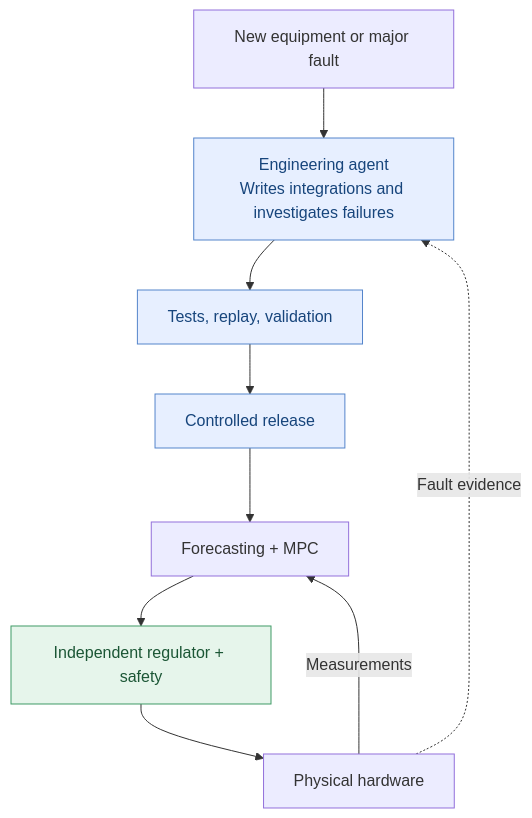
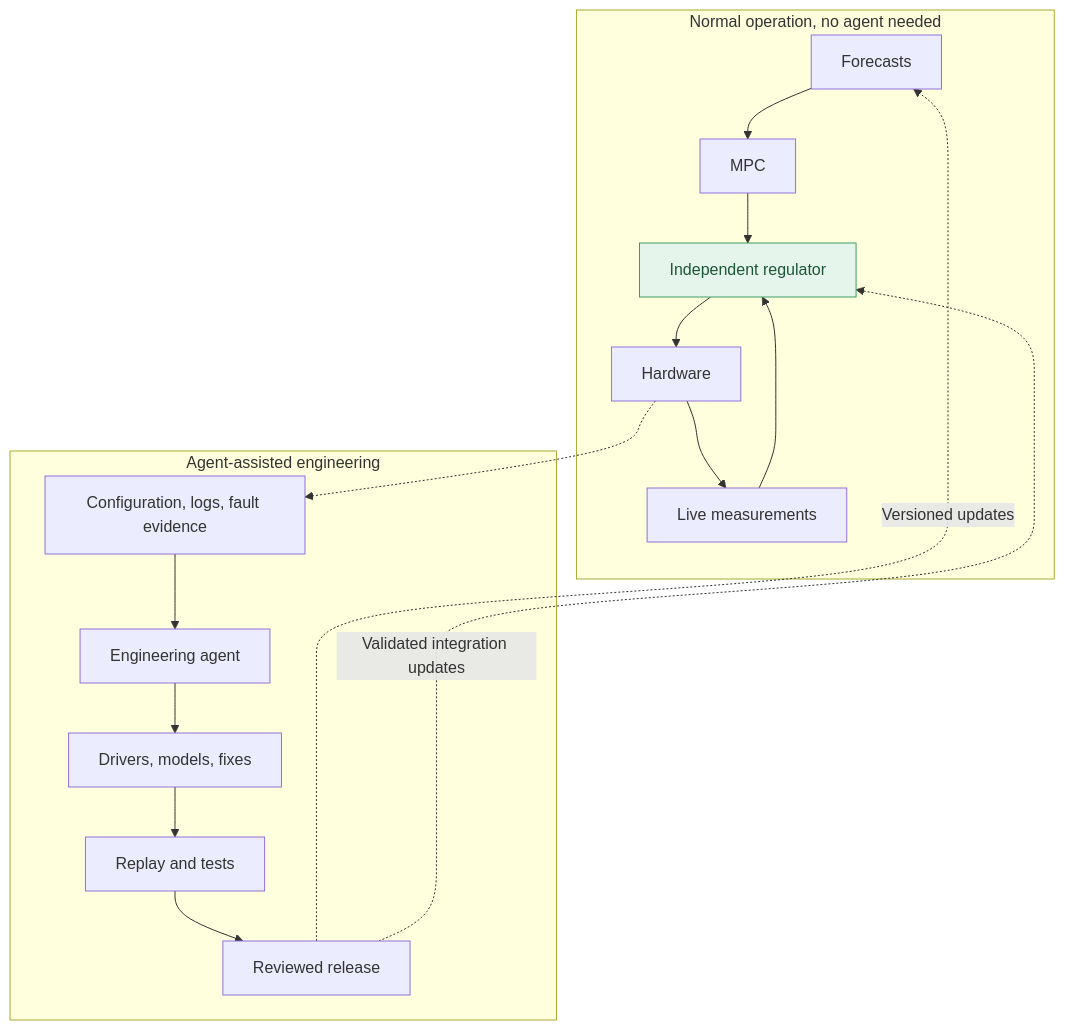
Before and after one commit to hugoenglund-wq/BEMS-public-preview: the fourth of 4 diagrams in docs/architecture.md, drawn with Mermaid. The commit also changed other lines of this file, not shown here.

Commit message:
Rewrite architecture in direct, personal engineering voice

````diff
--- a/docs/architecture.md
+++ b/docs/architecture.md
@@ -134,15 +148,21 @@
 ```mermaid
 flowchart TB
-    Setup["New equipment or major fault"] --> Agent["Engineering agent<br/>Writes integrations and investigates failures"]
-    Agent --> Checks["Tests, replay, validation"]
-    Checks --> Release["Controlled release"]
-    Release --> Control["Forecasting + MPC"]
-    Control --> Safety["Independent regulator + safety"]
-    Safety --> Hardware["Physical hardware"]
-    Hardware -->|"Measurements"| Control
-    Hardware -.->|"Fault evidence"| Agent
-    classDef software fill:#e7efff,stroke:#5485cb,color:#17457c
+    subgraph Runtime["Normal operation, no agent needed"]
+      Forecast["Forecasts"] --> MPC["MPC"]
+      MPC --> Reg["Independent regulator"]
+      Live["Live measurements"] --> Reg
+      Reg --> Hardware["Hardware"]
+      Hardware --> Live
+    end
+    subgraph Engineering["Agent-assisted engineering"]
+      Evidence["Configuration, logs, fault evidence"] --> Agent["Engineering agent"]
+      Agent --> Changes["Drivers, models, fixes"]
+      Changes --> Tests["Replay and tests"]
+      Tests --> Release["Reviewed release"]
+    end
+    Hardware -.-> Evidence
+    Release -.->|"Versioned updates"| Forecast
+    Release -.->|"Validated integration updates"| Reg
     classDef safety fill:#e6f5eb,stroke:#3f9b66,color:#1b5635
-    class Agent,Checks,Release software
-    class Safety safety
+    class Reg safety
 ```
````
